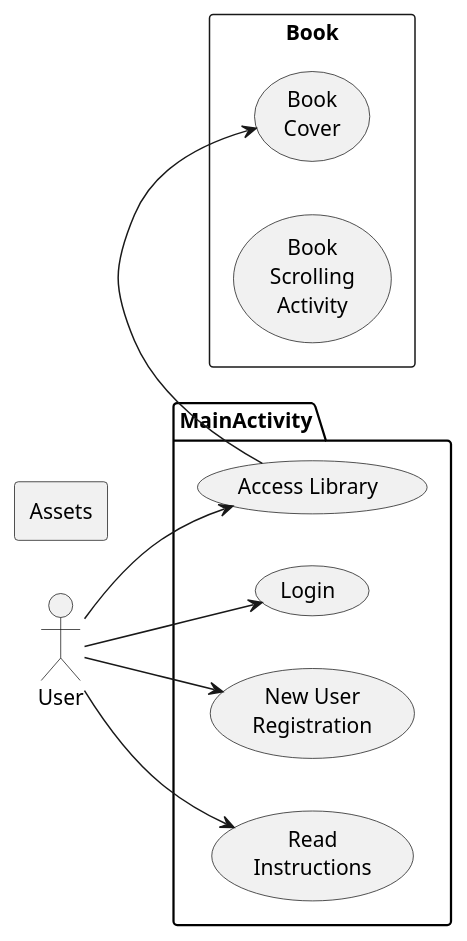
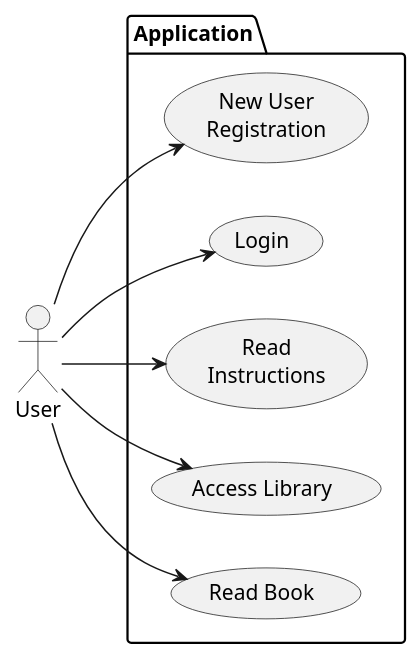
One commit to Tamsters24/The_Choice_Is_Yours changed the diagram in app/src/TCIYUseCaseDiagram.puml. Above: the diagram before and after it, drawn with PlantUML. The commit also changed 4 other files, not shown here.

```diff
--- a/app/src/TCIYUseCaseDiagram.puml
+++ b/app/src/TCIYUseCaseDiagram.puml
@@ -1,29 +1,21 @@
 @startuml
 'https://plantuml.com/use-case-diagram
 
 left to right direction
 actor User as user
 
-package MainActivity {
+package Application {
+  usecase "New User\nRegistration" as register
+  usecase "Login" as login
+  usecase "Read\nInstructions" as instructions
   usecase "Access Library" as library
-  usecase "Login" as login
-  usecase "New User\nRegistration" as register
-  usecase "Read\nInstructions" as instructions
+  usecase "Read Book" as book
 }
 
+user --> register
+user --> login
+user --> instructions
 user --> library
-user --> login
-user --> register
-user --> instructions
-
-rectangle Assets {
-}
-
-rectangle Book {
-  usecase "Book\nCover" as cover
-  usecase "Book\nScrolling\nActivity" as scroll
-}
-
-library -> cover
+user --> book
 
 @enduml
```
